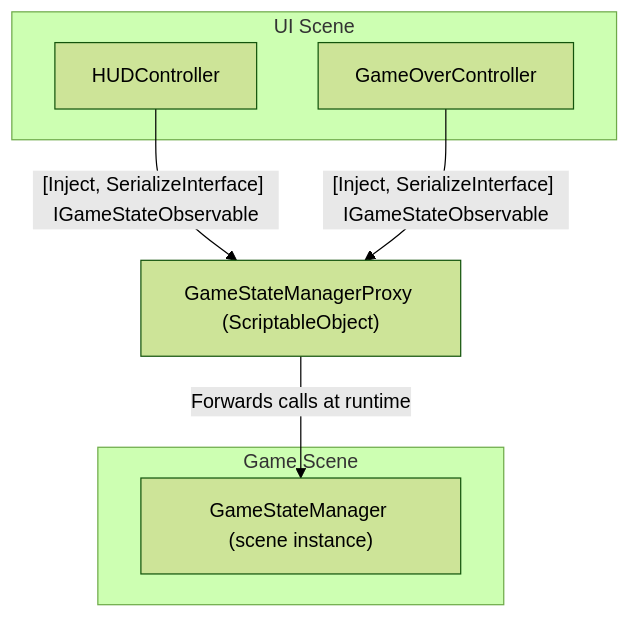
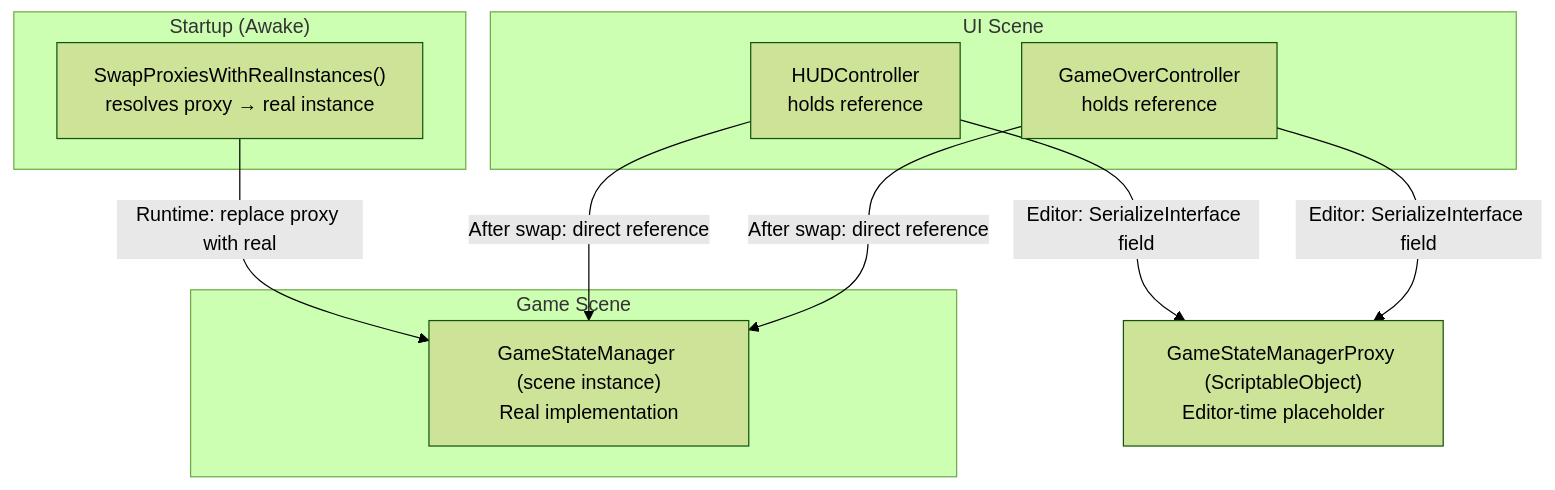
The diagram in Docs/articles/core-concepts/proxies.md (alexanderlarsen/Saneject), drawn with Mermaid (forest theme) before and after one commit. The commit also changed other lines of this file and 11 other files, not shown here.

Commit message:
Update documentation for runtime proxy, scope and attributes

````diff
--- a/Docs/articles/core-concepts/proxies.md
+++ b/Docs/articles/core-concepts/proxies.md
@@ -13,17 +22,23 @@
 ```mermaid
 flowchart TD
-  Proxy["GameStateManagerProxy (ScriptableObject)"]
+  Proxy["GameStateManagerProxy (ScriptableObject)<br/>Editor-time placeholder"]
 
   subgraph "Game Scene"
-    GameStateManager["GameStateManager (scene instance)"]
+    GameStateManager["GameStateManager (scene instance)<br/>Real implementation"]
   end
 
   subgraph "UI Scene"
-    HUDController["HUDController"]
-    GameOverController["GameOverController"]
+    HUDController["HUDController<br/>holds reference"]
+    GameOverController["GameOverController<br/>holds reference"]
   end
 
-  HUDController -->|"[Inject, SerializeInterface] IGameStateObservable"| Proxy
-  GameOverController -->|"[Inject, SerializeInterface] IGameStateObservable"| Proxy
-  Proxy -->|"Forwards calls at runtime"| GameStateManager
+  subgraph "Startup (Awake)"
+    Swap["SwapProxiesWithRealInstances()<br/>resolves proxy → real instance"]
+  end
+
+  HUDController -->|"Editor: SerializeInterface field"| Proxy
+  GameOverController -->|"Editor: SerializeInterface field"| Proxy
+  Swap -->|"Runtime: replace proxy with real"| GameStateManager
+  HUDController -->|"After swap: direct reference"| GameStateManager
+  GameOverController -->|"After swap: direct reference"| GameStateManager
 ```
````
